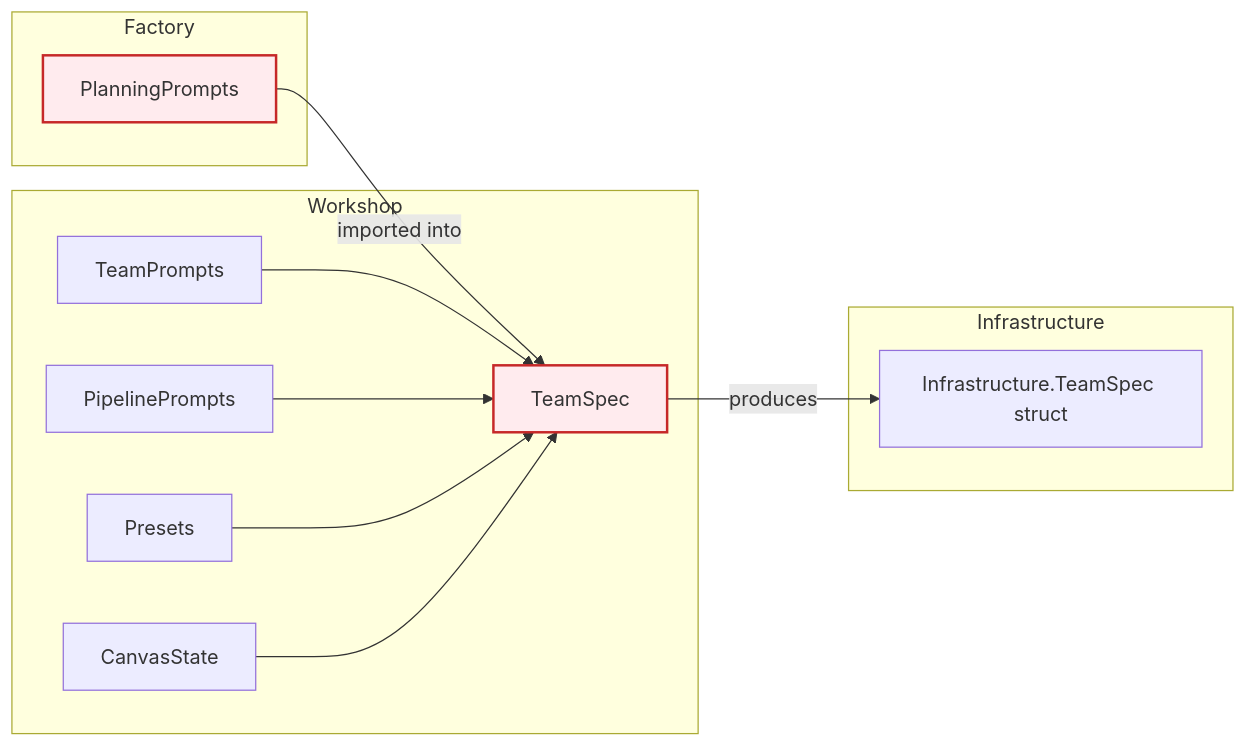
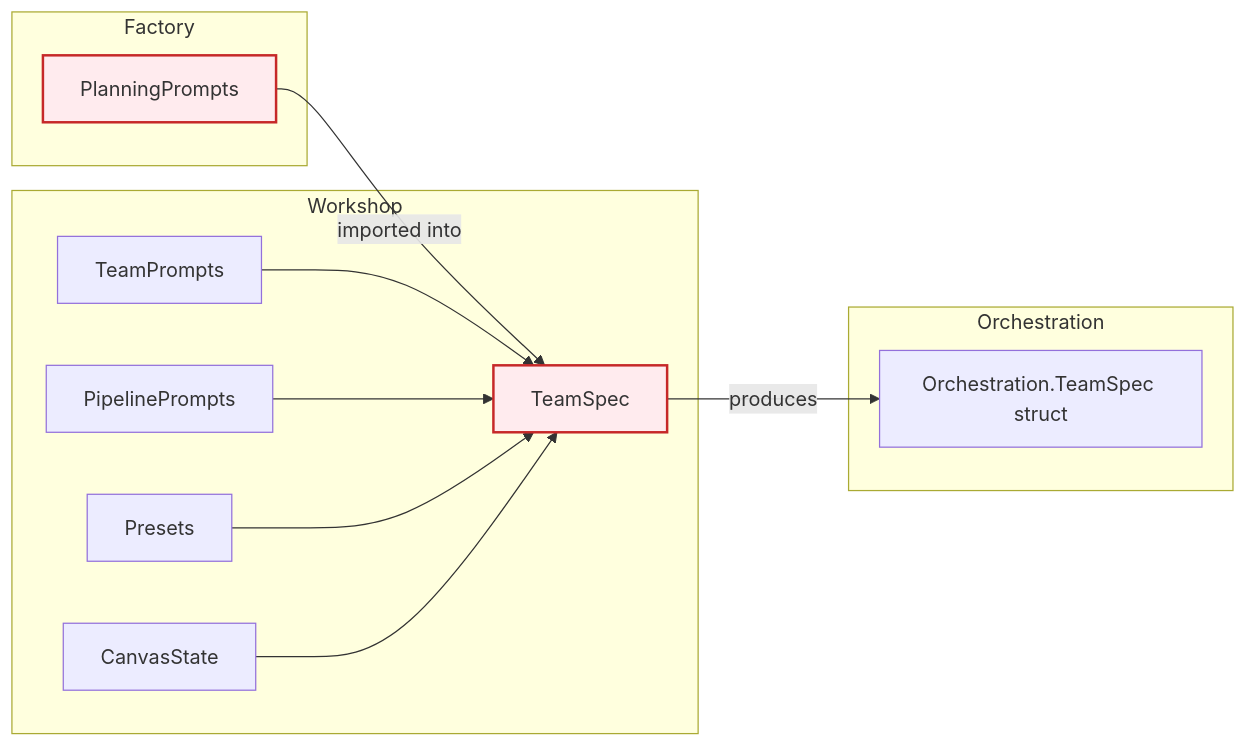
Diagram 18 of 21 in docs/diagrams/architecture.md (architects-of-type-IV/agent-observatory), drawn with Mermaid before and after one commit. The commit also changed other lines of this file and 7 other files, not shown here.

First line of the commit message:
docs: sync all architecture docs to hexagonal reorg final state

````diff
--- a/docs/diagrams/architecture.md
+++ b/docs/diagrams/architecture.md
@@ -708,28 +730,28 @@
 ```mermaid
 flowchart LR
     subgraph Factory
         PP[PlanningPrompts]
     end
 
     subgraph Workshop
         TS[TeamSpec]
         TP[TeamPrompts]
         PiP[PipelinePrompts]
         Pre[Presets]
         CS[CanvasState]
     end
 
-    subgraph Infrastructure
-        IST[Infrastructure.TeamSpec struct]
+    subgraph Orchestration
+        IST[Orchestration.TeamSpec struct]
     end
 
     PP -->|"imported into"| TS
     TP --> TS
     PiP --> TS
     Pre --> TS
     CS --> TS
     TS -->|produces| IST
 
     style PP fill:#ffebee,stroke:#c62828,stroke-width:2px
     style TS fill:#ffebee,stroke:#c62828,stroke-width:2px
 ```
````
